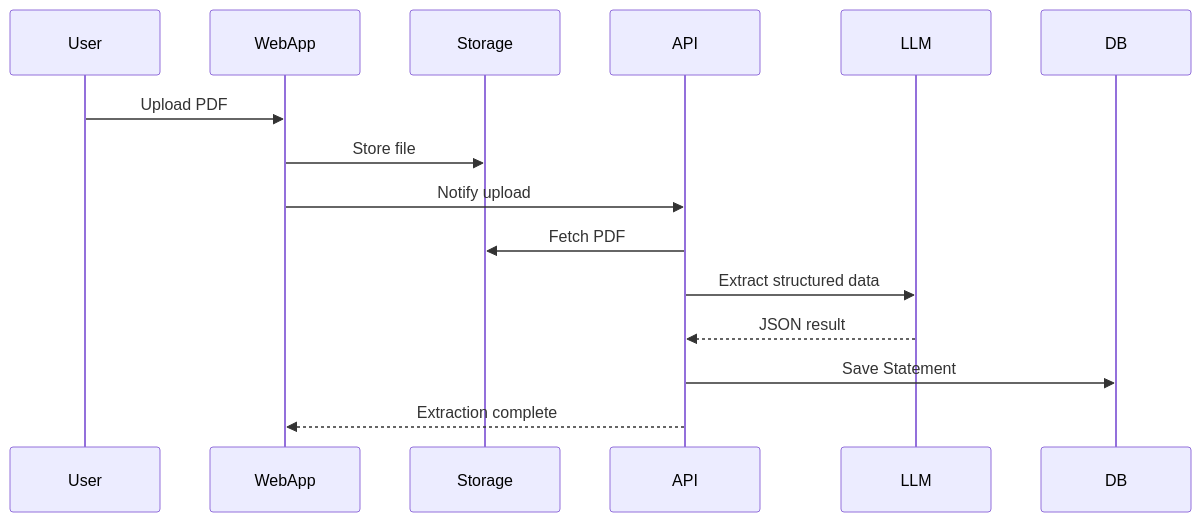
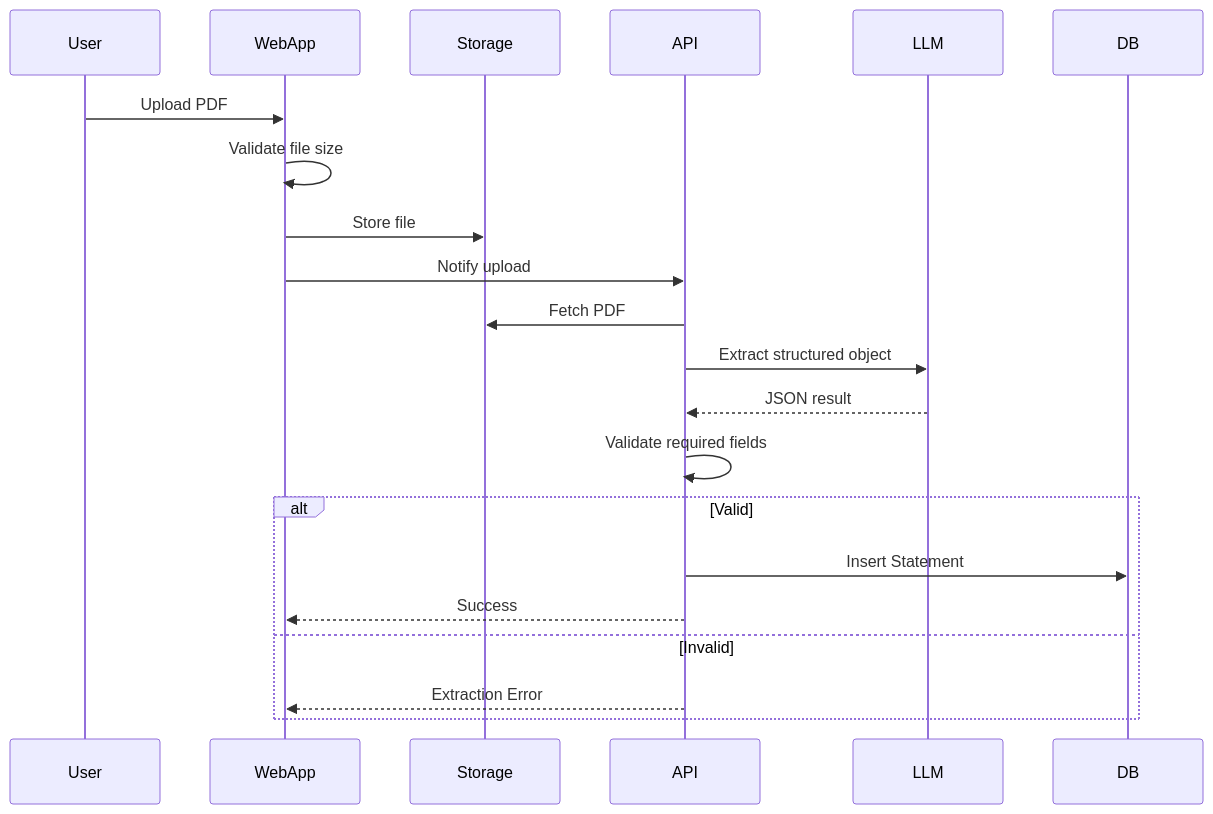
One commit to TheodoreChuang/rei-portfolio-system changed the first of 2 diagrams in docs/tsd.md. Above: the diagram before and after it, drawn with Mermaid. The commit also changed other lines of this file, not shown here.

````diff
--- a/docs/tsd.md
+++ b/docs/tsd.md
@@ -91,18 +102,26 @@
 ```mermaid
 sequenceDiagram
     participant User
     participant WebApp
     participant Storage
     participant API
     participant LLM
     participant DB
 
     User->>WebApp: Upload PDF
+    WebApp->>WebApp: Validate file size
     WebApp->>Storage: Store file
     WebApp->>API: Notify upload
+
     API->>Storage: Fetch PDF
-    API->>LLM: Extract structured data
+    API->>LLM: Extract structured object
     LLM-->>API: JSON result
-    API->>DB: Save Statement
-    API-->>WebApp: Extraction complete
+    API->>API: Validate required fields
+
+    alt Valid
+        API->>DB: Insert Statement
+        API-->>WebApp: Success
+    else Invalid
+        API-->>WebApp: Extraction Error
+    end
 ```
````
